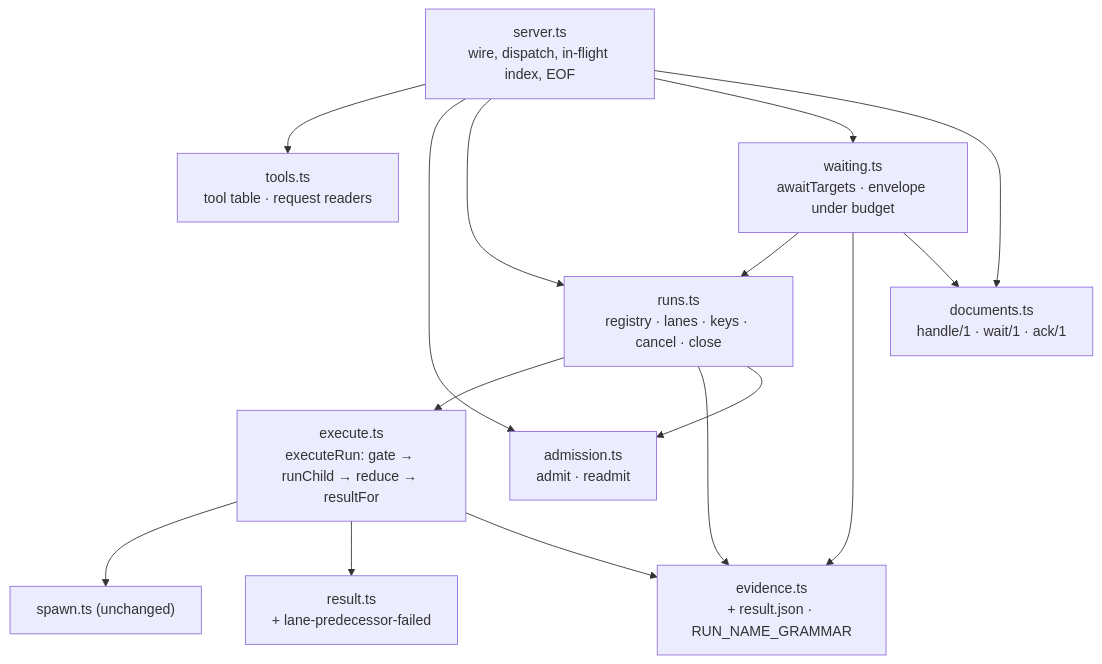
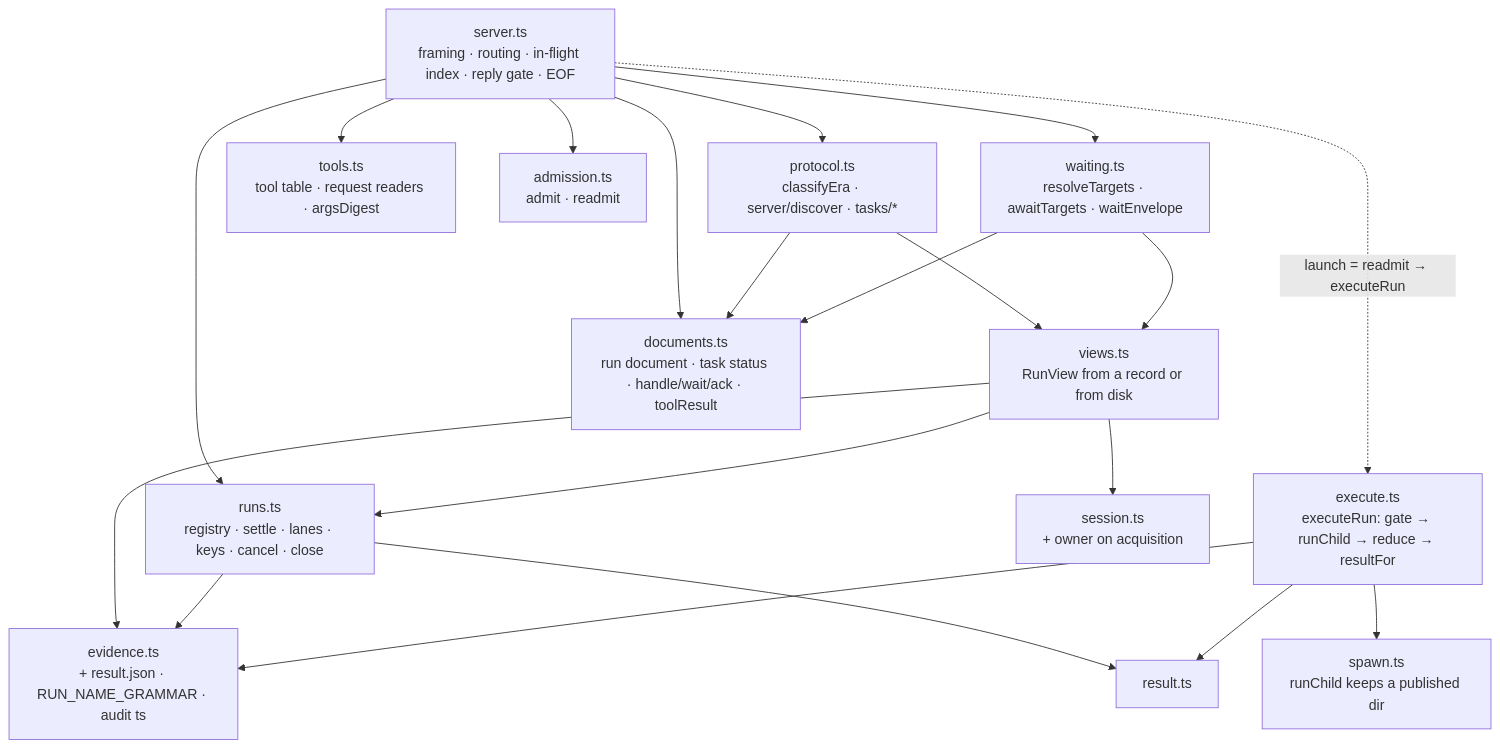
Before and after one commit to davidlee/quotient: the fifth of 6 diagrams in .doctrine/slice/004/design.md, drawn with Mermaid. The commit also changed other lines of this file and 14 other files, not shown here.

````diff
--- a/.doctrine/slice/004/design.md
+++ b/.doctrine/slice/004/design.md
@@ -589,18 +616,22 @@
 ```mermaid
 flowchart TD
-  server["server.ts\nwire, dispatch, in-flight index, EOF"]
-  tools["tools.ts\ntool table · request readers"]
+  server["server.ts\nframing · routing · in-flight index · reply gate · EOF"]
+  protocol["protocol.ts\nclassifyEra · server/discover · tasks/*"]
+  tools["tools.ts\ntool table · request readers · argsDigest"]
   admission["admission.ts\nadmit · readmit"]
-  runs["runs.ts\nregistry · lanes · keys · cancel · close"]
+  runs["runs.ts\nregistry · settle · lanes · keys · cancel · close"]
+  views["views.ts\nRunView from a record or from disk"]
+  waiting["waiting.ts\nresolveTargets · awaitTargets · waitEnvelope"]
   execute["execute.ts\nexecuteRun: gate → runChild → reduce → resultFor"]
-  waiting["waiting.ts\nawaitTargets · envelope under budget"]
-  documents["documents.ts\nhandle/1 · wait/1 · ack/1"]
-  evidence["evidence.ts\n+ result.json · RUN_NAME_GRAMMAR"]
-  spawn["spawn.ts (unchanged)"]
-  result["result.ts\n+ lane-predecessor-failed"]
-  server --> tools & admission & runs & waiting
-  runs --> execute & evidence & admission
-  execute --> spawn & result & evidence
-  waiting --> runs & evidence & documents
-  server --> documents
+  documents["documents.ts\nrun document · task status · handle/wait/ack · toolResult"]
+  evidence["evidence.ts\n+ result.json · RUN_NAME_GRAMMAR · audit ts"]
+  session["session.ts\n+ owner on acquisition"]
+  spawn["spawn.ts\nrunChild keeps a published dir"]
+  server --> protocol & tools & admission & runs & waiting & documents
+  protocol --> views & documents
+  waiting --> views & documents
+  views --> runs & evidence & session
+  runs --> evidence & result["result.ts"]
+  execute --> spawn & evidence & result
+  server -. "launch = readmit → executeRun" .-> execute
 ```
````
